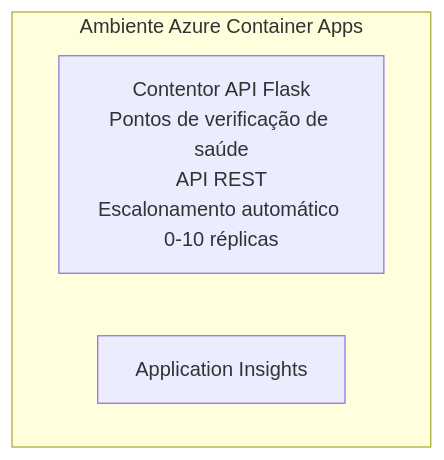
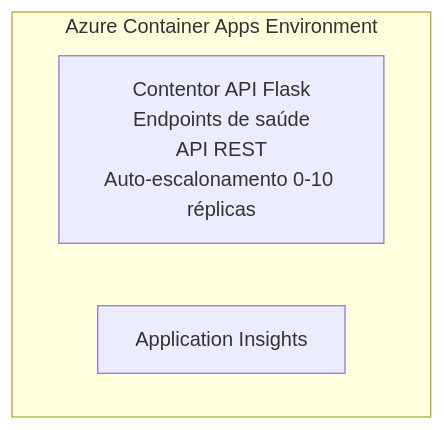
The diagram in translations/pt-PT/examples/container-app/simple-flask-api/README.md (microsoft/AZD-for-beginners), drawn with Mermaid before and after one commit. The commit also changed other lines of this file and 104 other files, not shown here.

````diff
--- a/translations/pt-PT/examples/container-app/simple-flask-api/README.md
+++ b/translations/pt-PT/examples/container-app/simple-flask-api/README.md
@@ -26,7 +26,7 @@
 ```mermaid
 graph TD
-    subgraph ACA[Ambiente Azure Container Apps]
-        Flask[Contentor API Flask<br/>Pontos de verificação de saúde<br/>API REST<br/>Escalonamento automático 0-10 réplicas]
+    subgraph ACA[Azure Container Apps Environment]
+        Flask[Contentor API Flask<br/>Endpoints de saúde<br/>API REST<br/>Auto-escalonamento 0-10 réplicas]
         AppInsights[Application Insights]
     end
 ```
````
